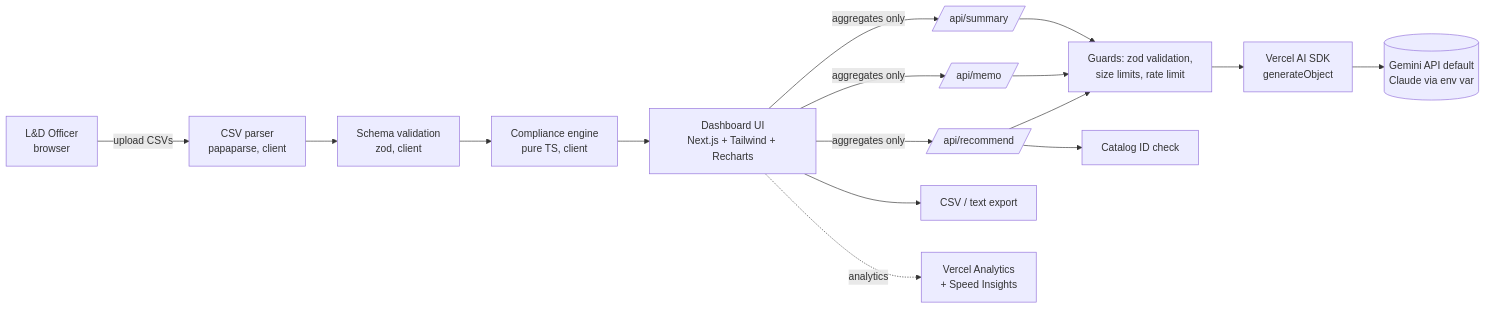
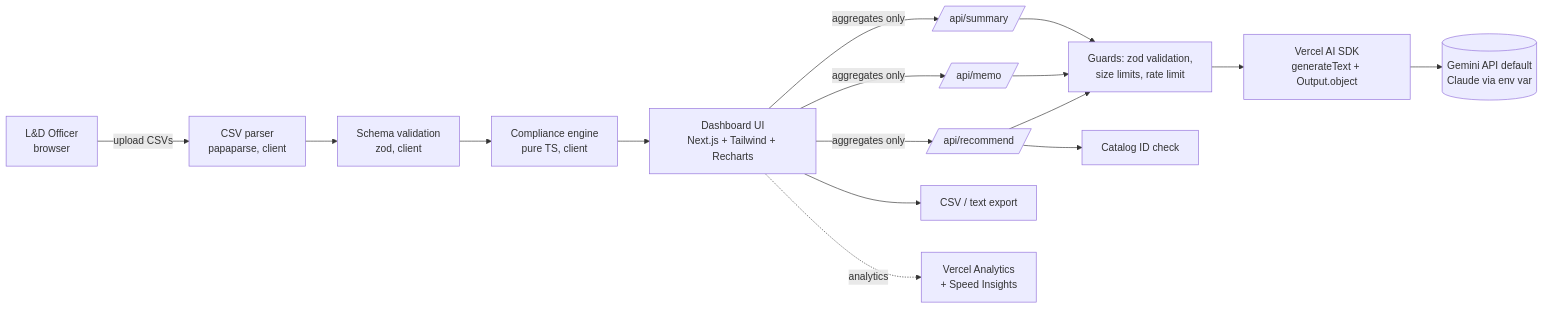
One commit to Chris-GottaGit5hub/training-compliance-radar changed the diagram in docs/architecture.md. Above: the diagram before and after it, drawn with Mermaid. The commit also changed other lines of this file and 2 other files, not shown here.

Commit message:
docs: spec v1.3 use generateText with Output.object
The installed AI SDK (v7) deprecates generateObject; behavior and
schemas are unchanged.

````diff
--- a/docs/architecture.md
+++ b/docs/architecture.md
@@ -10,16 +10,16 @@
 ```mermaid
 flowchart LR
   U[L&D Officer<br/>browser] -->|upload CSVs| P[CSV parser<br/>papaparse, client]
   P --> V[Schema validation<br/>zod, client]
   V --> E[Compliance engine<br/>pure TS, client]
   E --> D[Dashboard UI<br/>Next.js + Tailwind + Recharts]
   D -->|aggregates only| A1[/api/recommend/]
   D -->|aggregates only| A2[/api/memo/]
   D -->|aggregates only| A3[/api/summary/]
   A1 & A2 & A3 --> G[Guards: zod validation,<br/>size limits, rate limit]
-  G --> L[Vercel AI SDK<br/>generateObject]
+  G --> L[Vercel AI SDK<br/>generateText + Output.object]
   L --> C[(Gemini API default<br/>Claude via env var)]
   A1 --> K[Catalog ID check]
   D --> X[CSV / text export]
   D -. analytics .-> M[Vercel Analytics<br/>+ Speed Insights]
 ```
````
